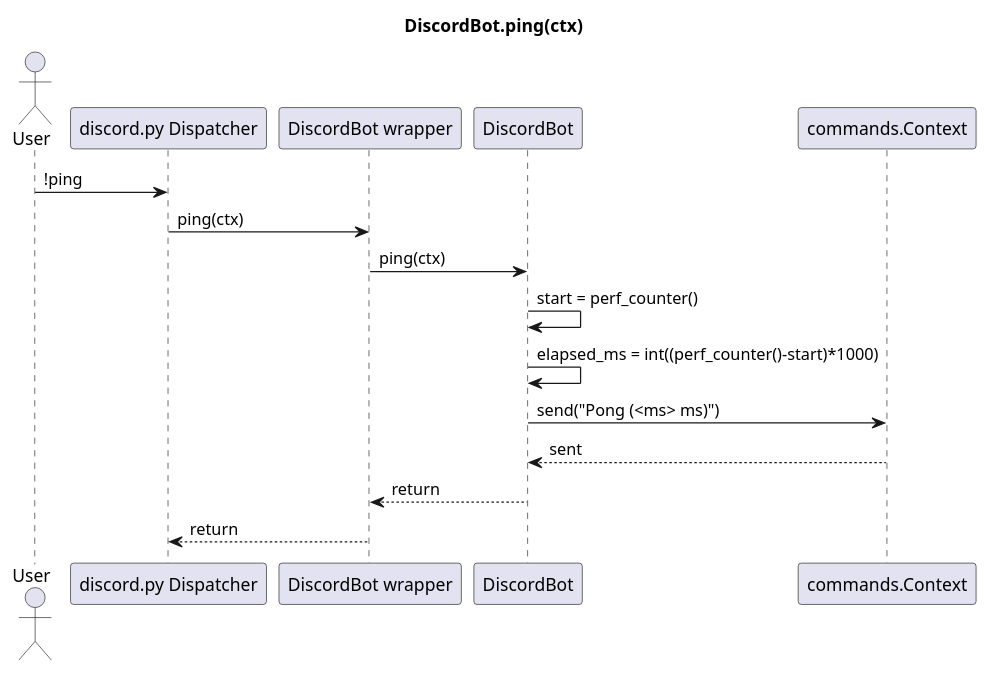
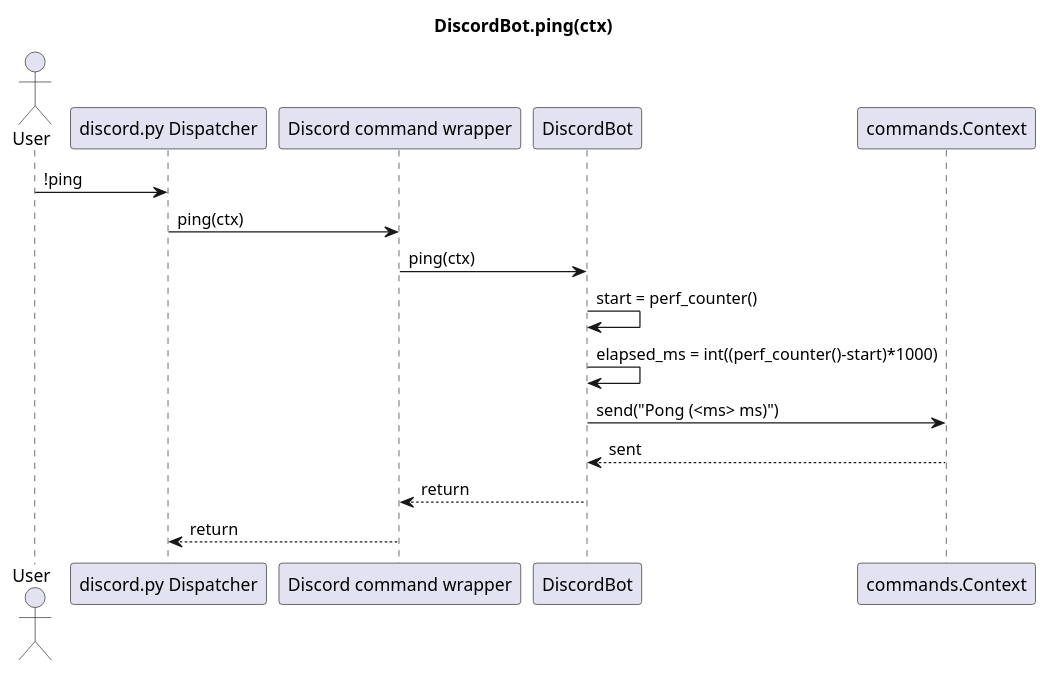
The first of 6 diagrams in docs/discord_bot_sequences.puml (fazleskhan/elite_dangerous_discord_tools), drawn with PlantUML before and after one commit. The commit also changed other lines of this file and 13 other files, not shown here.

Commit message:
fixed grammer/spelling errors and updated sequence diagrams

```diff
--- a/docs/discord_bot_sequences.puml
+++ b/docs/discord_bot_sequences.puml
@@ -1,19 +1,19 @@
 @startuml
 title DiscordBot.ping(ctx)
 
 actor User
 participant "discord.py Dispatcher" as Dispatcher
-participant "DiscordBot wrapper" as Wrapper
+participant "Discord command wrapper" as Command
 participant "DiscordBot" as Bot
 participant "commands.Context" as Ctx
 
 User -> Dispatcher: !ping
-Dispatcher -> Wrapper: ping(ctx)
-Wrapper -> Bot: ping(ctx)
+Dispatcher -> Command: ping(ctx)
+Command -> Bot: ping(ctx)
 Bot -> Bot: start = perf_counter()
 Bot -> Bot: elapsed_ms = int((perf_counter()-start)*1000)
 Bot -> Ctx: send("Pong (<ms> ms)")
 Ctx --> Bot: sent
-Bot --> Wrapper: return
-Wrapper --> Dispatcher: return
+Bot --> Command: return
+Command --> Dispatcher: return
 @enduml
```
